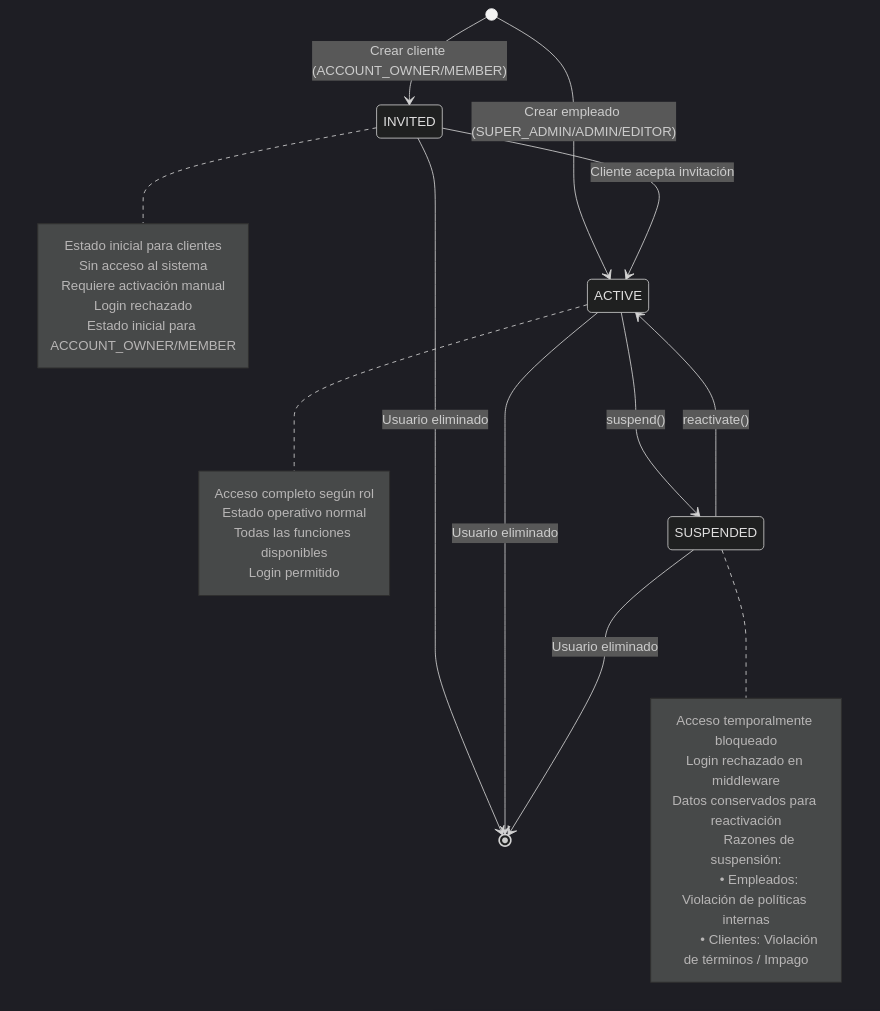
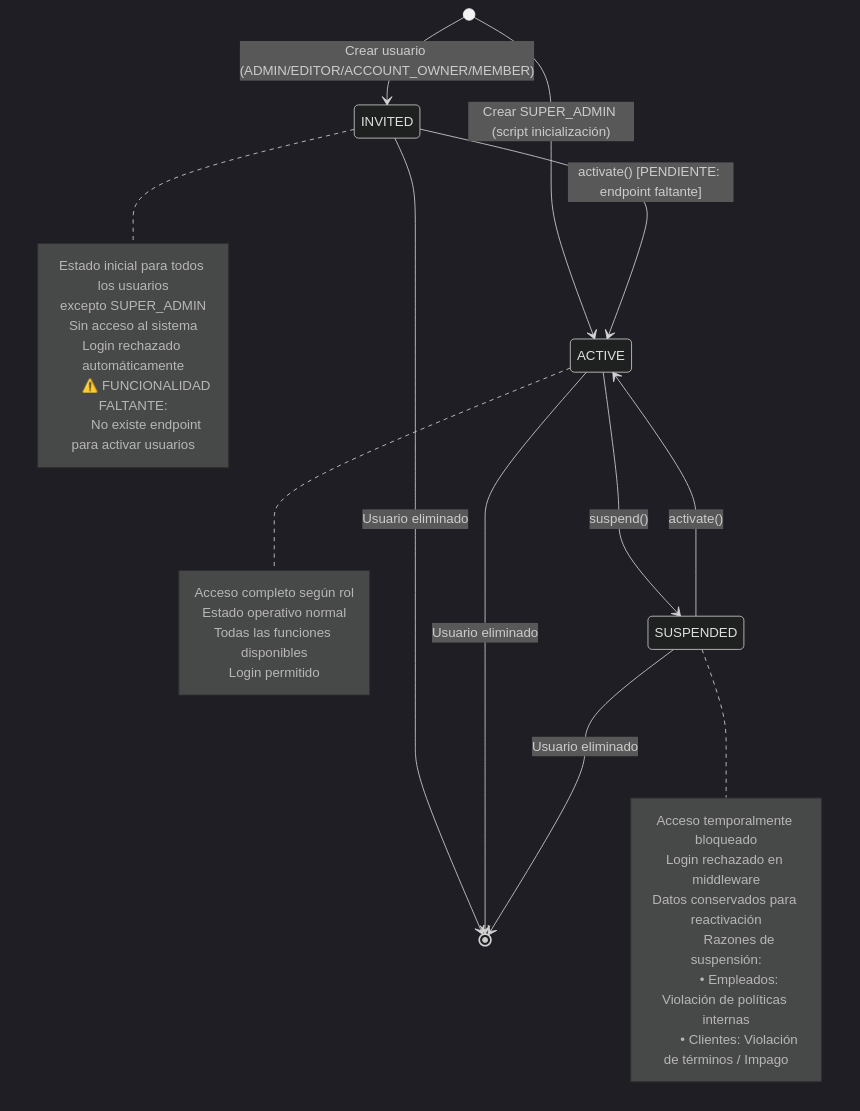
The second of 4 diagrams in README.md (uancamilo/asistentelegal), drawn with Mermaid (dark theme) before and after one commit. The commit also changed other lines of this file and 2 other files, not shown here.

First line of the commit message:
fix: corregir lógica de estados de usuario y actualizar documentación

````diff
--- a/README.md
+++ b/README.md
@@ -214,39 +214,41 @@
 ```mermaid
 stateDiagram-v2
-    [*] --> INVITED : Crear cliente (ACCOUNT_OWNER/MEMBER)
-    [*] --> ACTIVE : Crear empleado (SUPER_ADMIN/ADMIN/EDITOR)
+    [*] --> INVITED : Crear usuario (ADMIN/EDITOR/ACCOUNT_OWNER/MEMBER)
+    [*] --> ACTIVE : Crear SUPER_ADMIN (script inicialización)
 
-    INVITED --> ACTIVE : Cliente acepta invitación
+    INVITED --> ACTIVE : activate() [PENDIENTE: endpoint faltante]
     INVITED --> [*] : Usuario eliminado
 
     ACTIVE --> SUSPENDED : suspend()
     ACTIVE --> [*] : Usuario eliminado
 
-    SUSPENDED --> ACTIVE : reactivate()
+    SUSPENDED --> ACTIVE : activate()
     SUSPENDED --> [*] : Usuario eliminado
 
     note right of INVITED
-        Estado inicial para clientes
+        Estado inicial para todos los usuarios
+        excepto SUPER_ADMIN
         Sin acceso al sistema
-        Requiere activación manual
-        Login rechazado
-        Estado inicial para ACCOUNT_OWNER/MEMBER
+        Login rechazado automáticamente
+
+        ⚠️ FUNCIONALIDAD FALTANTE:
+        No existe endpoint para activar usuarios
     end note
 
     note right of ACTIVE
         Acceso completo según rol
         Estado operativo normal
         Todas las funciones disponibles
         Login permitido
     end note
 
     note right of SUSPENDED
         Acceso temporalmente bloqueado
         Login rechazado en middleware
         Datos conservados para reactivación
 
         Razones de suspensión:
         • Empleados: Violación de políticas internas
         • Clientes: Violación de términos / Impago
     end note
 ```
````
